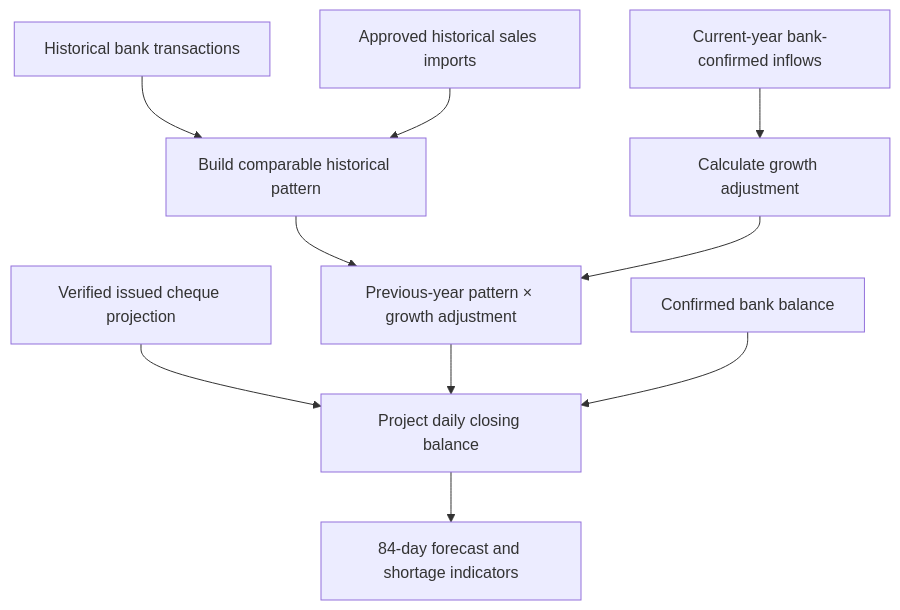
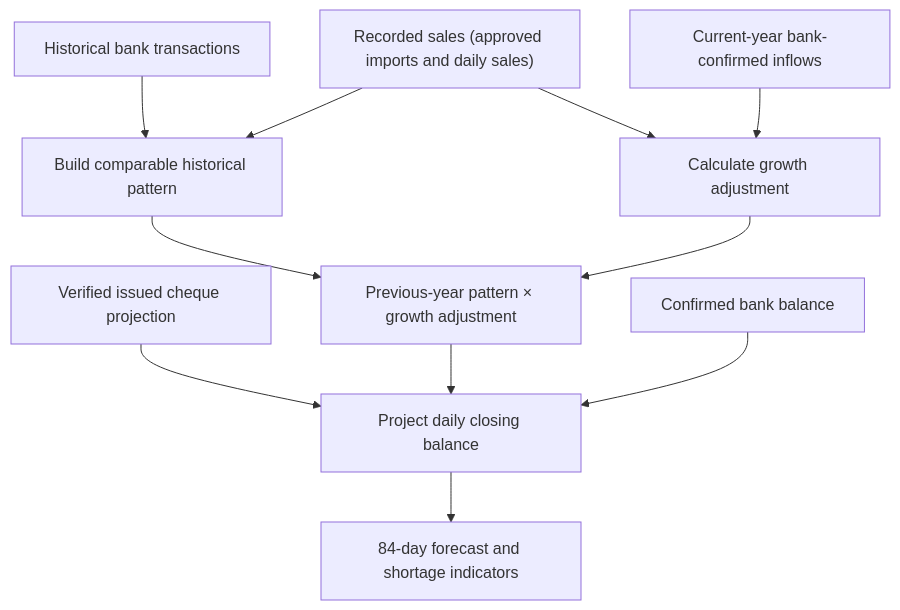
Before and after one commit to AnjanaLakshan777/FlowLedger: the first of 2 diagrams in README.md, drawn with Mermaid. The commit also changed other lines of this file and 18 other files, not shown here.

Commit message:
feat(forecast): measure growth from daily sales and update the forecast daily

````diff
--- a/README.md
+++ b/README.md
@@ -130,12 +132,13 @@
 ```mermaid
 flowchart TD
     A["Historical bank transactions"] --> D["Build comparable historical pattern"]
-    B["Approved historical sales imports"] --> D
+    B["Recorded sales (approved imports and daily sales)"] --> D
+    B --> E
     C["Current-year bank-confirmed inflows"] --> E["Calculate growth adjustment"]
     D --> F["Previous-year pattern × growth adjustment"]
     E --> F
     G["Verified issued cheque projection"] --> H["Project daily closing balance"]
     F --> H
     I["Confirmed bank balance"] --> H
     H --> J["84-day forecast and shortage indicators"]
 ```
````
